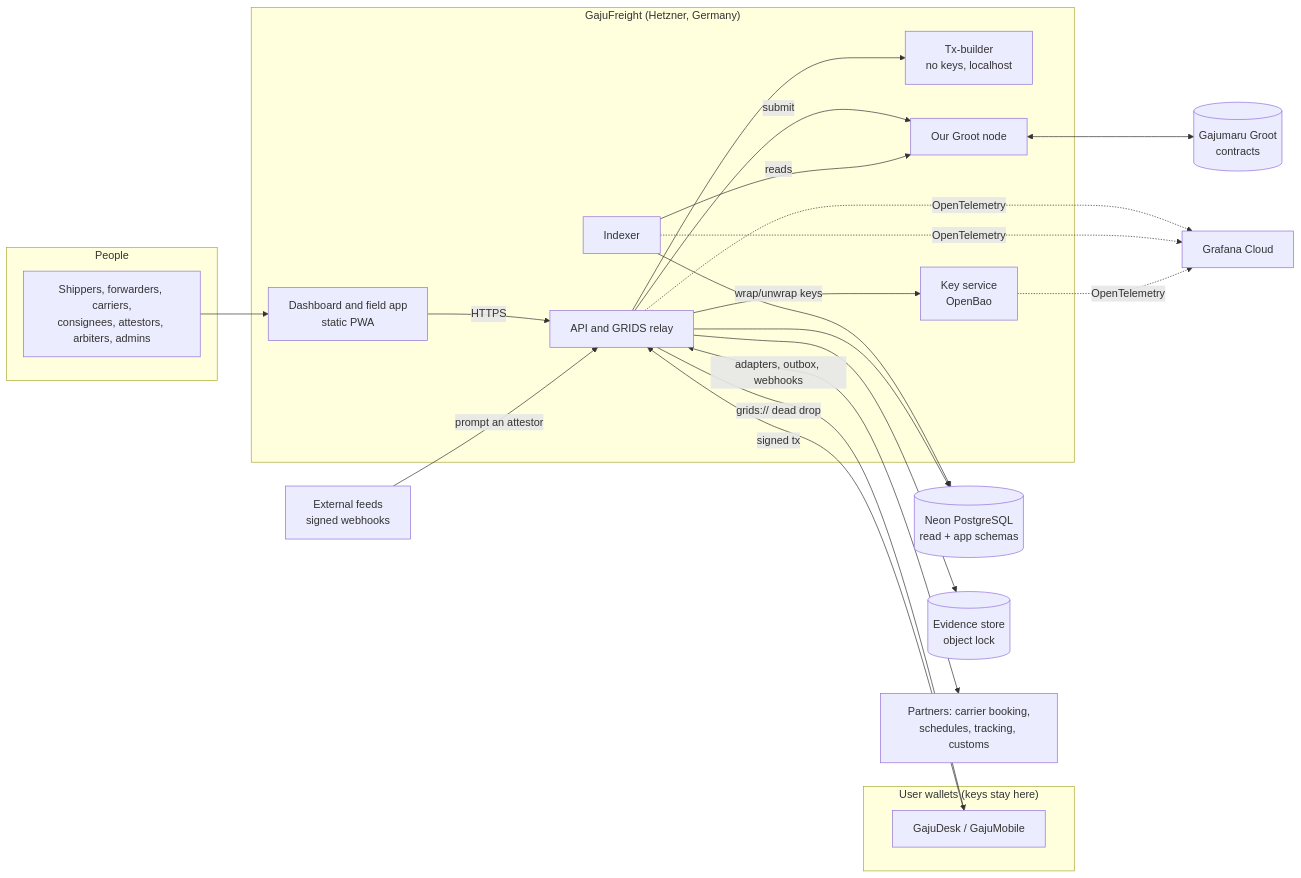
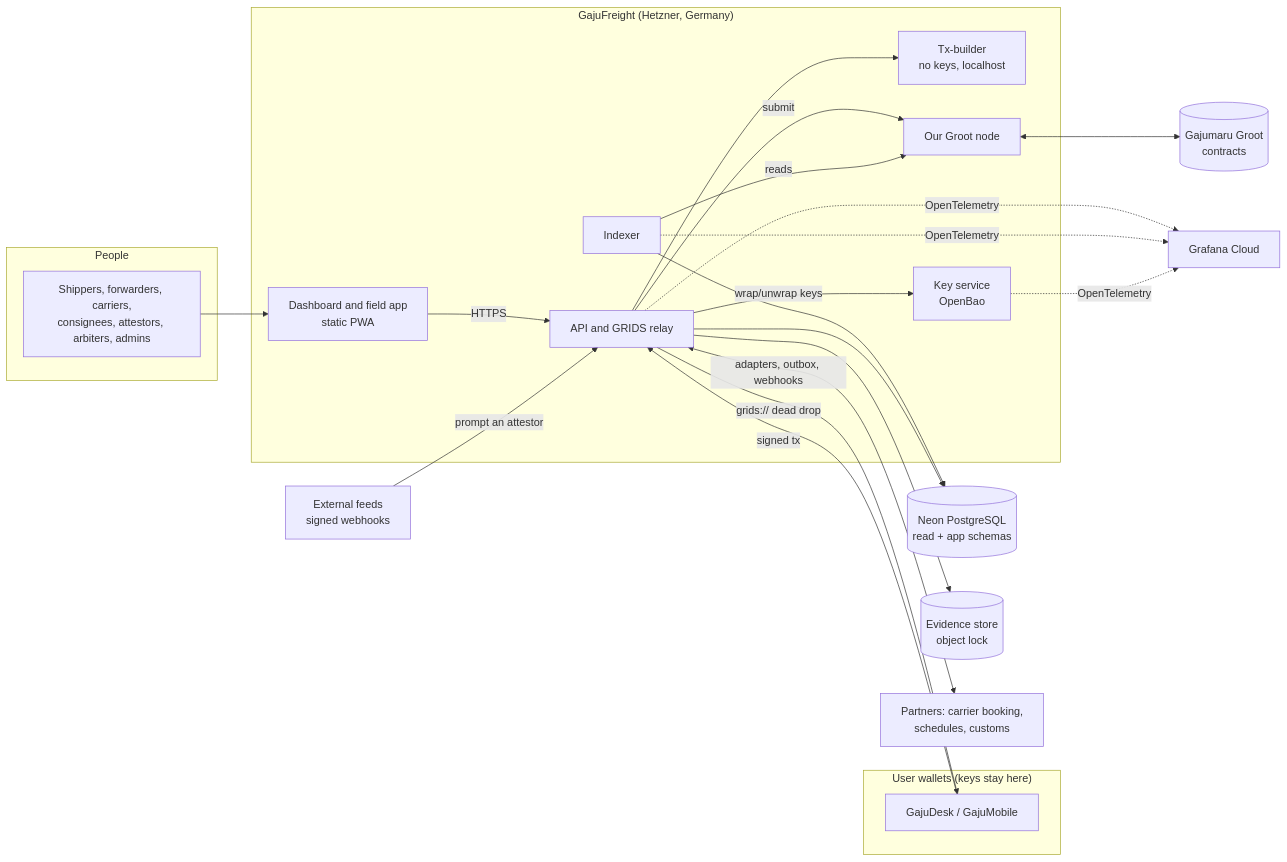
One commit to shanepreater/gajufreight changed the first of 4 diagrams in docs/hld.md. Above: the diagram before and after it, drawn with Mermaid. The commit also changed other lines of this file and 7 other files, not shown here.

````diff
--- a/docs/hld.md
+++ b/docs/hld.md
@@ -240,39 +240,39 @@
 ```mermaid
 flowchart LR
   subgraph People
     U[Shippers, forwarders, carriers,<br/>consignees, attestors, arbiters, admins]
   end
   subgraph Wallets["User wallets (keys stay here)"]
     W[GajuDesk / GajuMobile]
   end
   subgraph App["GajuFreight (Hetzner, Germany)"]
     D[Dashboard and field app<br/>static PWA]
     A[API and GRIDS relay]
     T[Tx-builder<br/>no keys, localhost]
     I[Indexer]
     K[Key service<br/>OpenBao]
     N[Our Groot node]
   end
   P[(Neon PostgreSQL<br/>read + app schemas)]
   E[(Evidence store<br/>object lock)]
   G[Grafana Cloud]
   C[(Gajumaru Groot<br/>contracts)]
   F[External feeds<br/>signed webhooks]
-  X[Partners: carrier booking,<br/>schedules, tracking, customs]
+  X[Partners: carrier booking,<br/>schedules, customs]
 
   U --> D
   D -->|HTTPS| A
   A --> T
   A -->|"grids:// dead drop"| W
   W -->|signed tx| A
   A -->|submit| N
   N <--> C
   I -->|reads| N
   I --> P
   A --> P
   A --> E
   A -->|wrap/unwrap keys| K
   F -->|prompt an attestor| A
   A <-->|adapters, outbox, webhooks| X
   A & I & K -.->|OpenTelemetry| G
 ```
````
